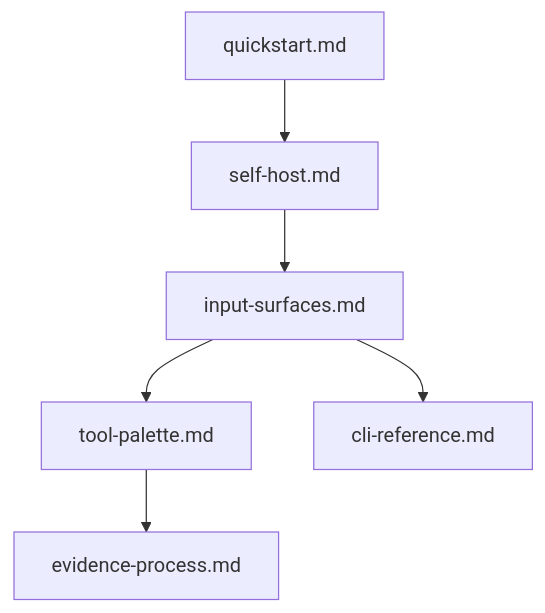
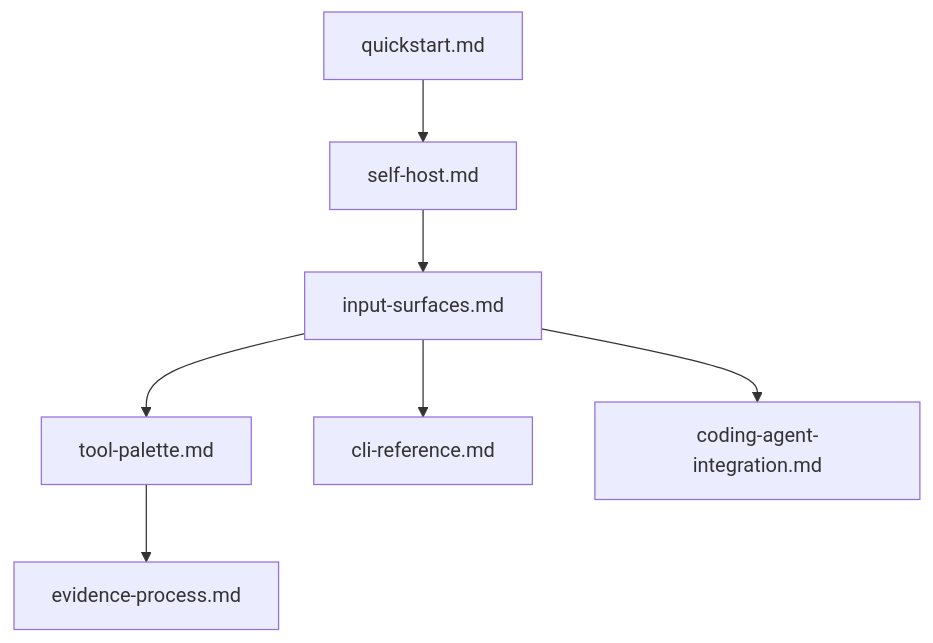
Before and after one commit to MikeBild/subkit: the diagram in docs/developers/README.md, drawn with Mermaid. The commit also changed other lines of this file and 11 other files, not shown here.

First line of the commit message:
docs(agent): coding-agent integration guide + platform-reference seeds

````diff
--- a/docs/developers/README.md
+++ b/docs/developers/README.md
@@ -5,8 +5,9 @@
 ```mermaid
 flowchart TD
     Q[quickstart.md] --> SH[self-host.md]
     SH --> IS[input-surfaces.md]
     IS --> TP[tool-palette.md]
     IS --> CLI[cli-reference.md]
+    IS --> CA[coding-agent-integration.md]
     TP --> EP[evidence-process.md]
 ```
````
